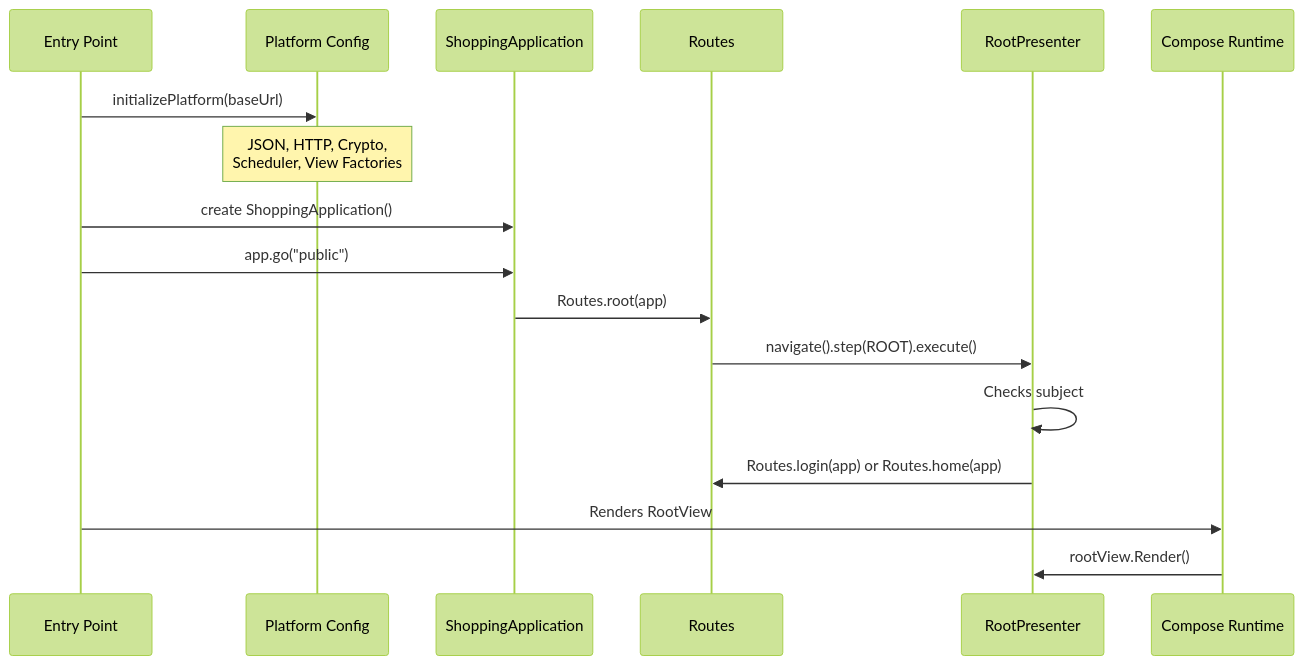
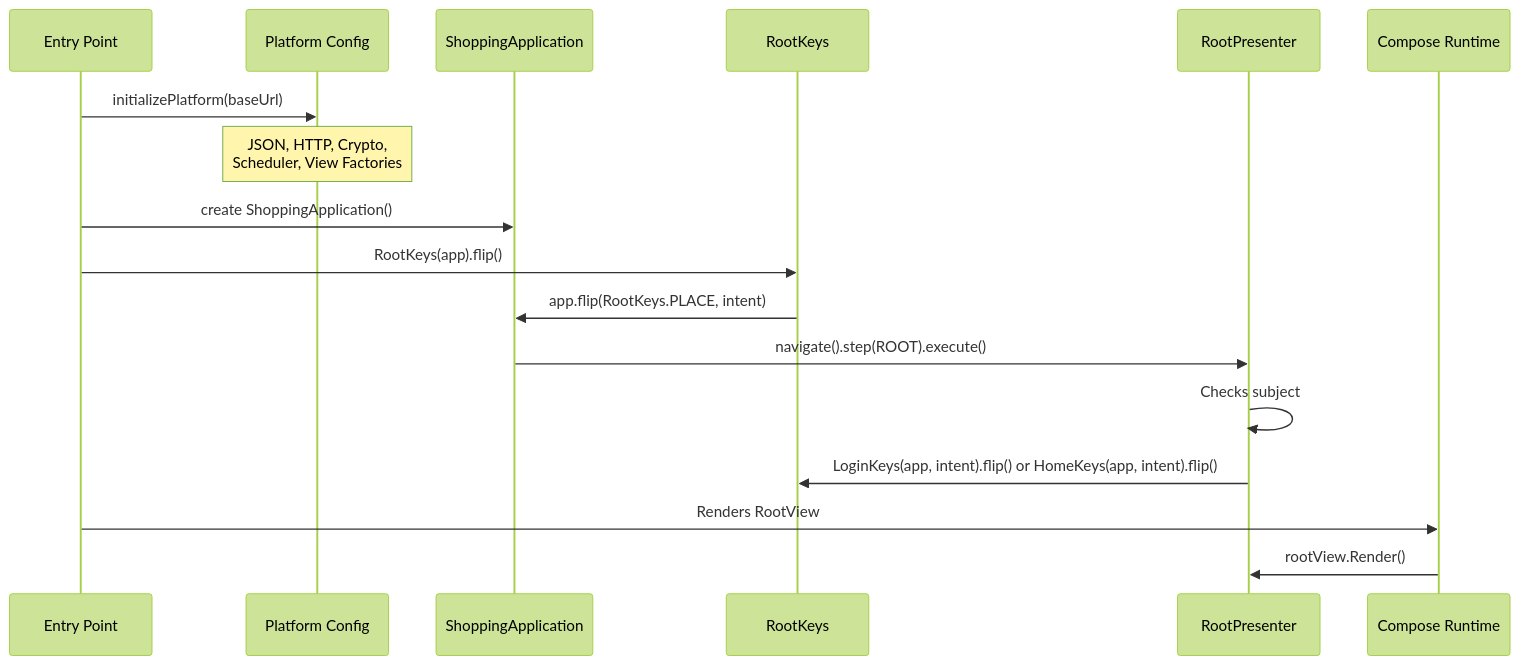
Before and after one commit to mrcdom/wdc-cube-kotlin: the ninth of 10 diagrams in docs/architecture.md, drawn with Mermaid (forest theme). The commit also changed other lines of this file and 27 other files, not shown here.

First line of the commit message:
refactor(presentation): each keys class declares its place

````diff
--- a/docs/architecture.md
+++ b/docs/architecture.md
@@ -492,22 +492,22 @@
 ```mermaid
 sequenceDiagram
     participant Main as Entry Point
     participant Platform as Platform Config
     participant App as ShoppingApplication
-    participant Routes as Routes
+    participant Keys as RootKeys
     participant Root as RootPresenter
     participant Compose as Compose Runtime
 
     Main->>Platform: initializePlatform(baseUrl)
     Note over Platform: JSON, HTTP, Crypto,<br/>Scheduler, View Factories
 
     Main->>App: create ShoppingApplication()
-    Main->>App: app.go("public")
-    App->>Routes: Routes.root(app)
-    Routes->>Root: navigate().step(ROOT).execute()
+    Main->>Keys: RootKeys(app).flip()
+    Keys->>App: app.flip(RootKeys.PLACE, intent)
+    App->>Root: navigate().step(ROOT).execute()
     Root->>Root: Checks subject
-    Root->>Routes: Routes.login(app) or Routes.home(app)
+    Root->>Keys: LoginKeys(app, intent).flip() or HomeKeys(app, intent).flip()
 
     Main->>Compose: Renders RootView
     Compose->>Root: rootView.Render()
 ```
````
